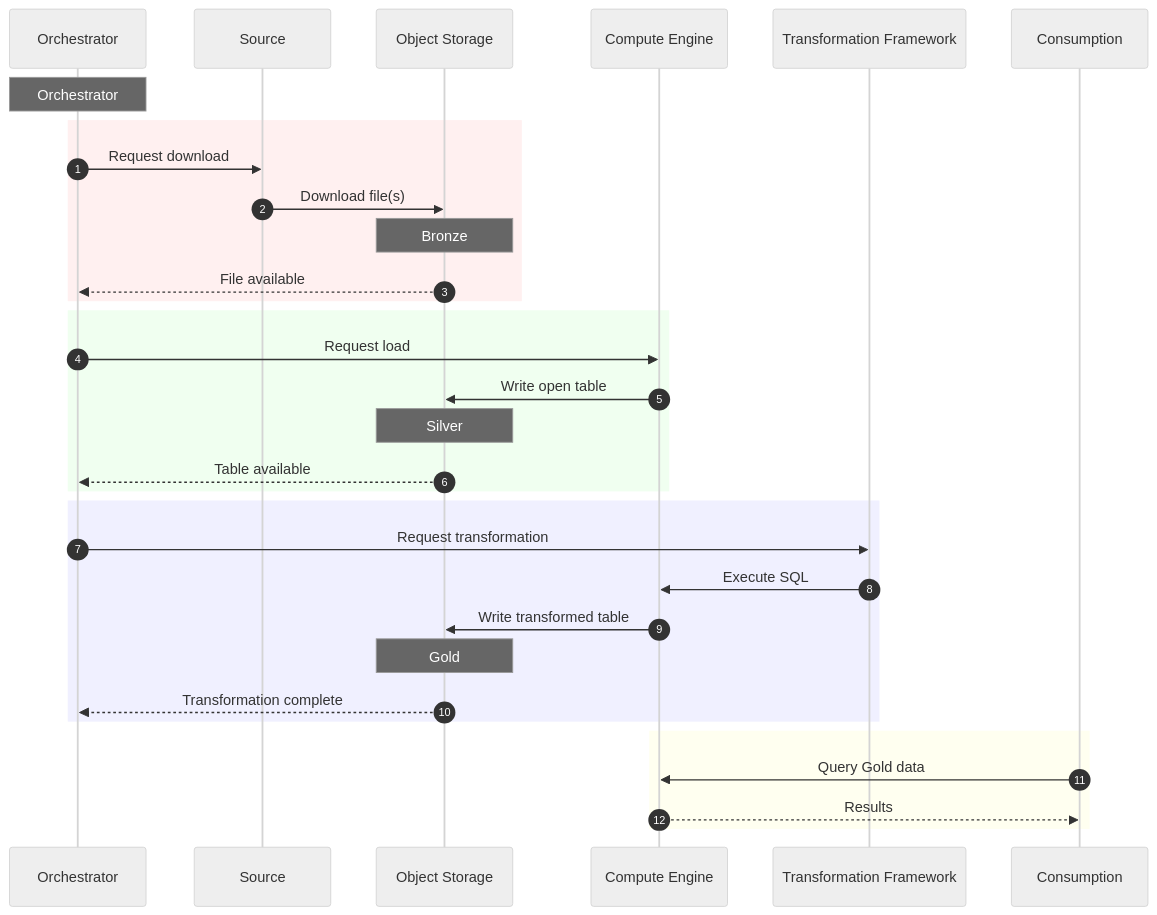
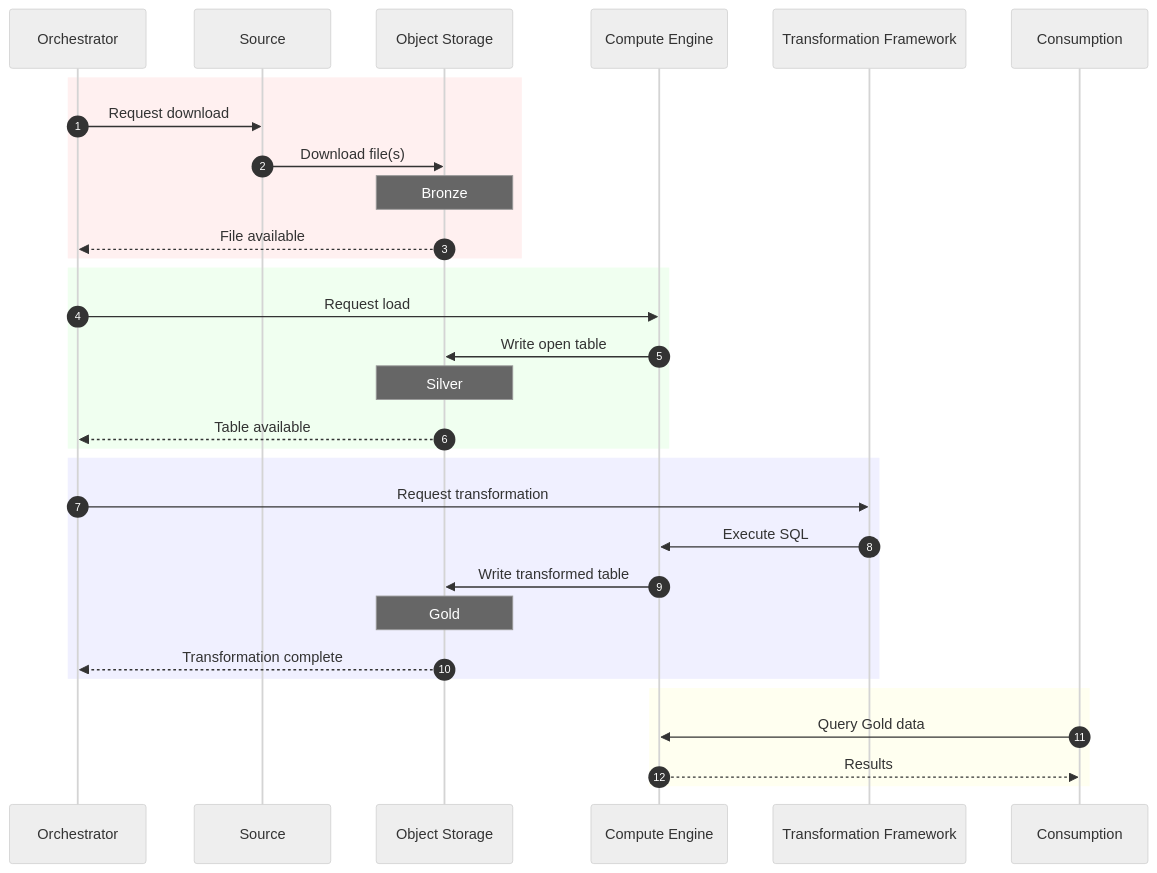
One commit to Rez99/data-engineering-portfolio changed the second of 2 diagrams in project-1-lakehouse/README.md. Above: the diagram before and after it, drawn with Mermaid (neutral theme).

Commit message:
Remove unnecessary note from sequence diagram in README

````diff
--- a/project-1-lakehouse/README.md
+++ b/project-1-lakehouse/README.md
@@ -40,40 +40,38 @@
 ```mermaid
 sequenceDiagram
     autonumber
 
     participant Orchestrator
     participant Source
     participant ObjectStorage as Object Storage
     participant ComputeEngine as Compute Engine
     participant Transform as Transformation Framework
     participant Consumption
-
-    Note over Orchestrator: Orchestrator
 
     rect rgb(255, 240, 240)
         Orchestrator->>Source: Request download
         Source->>ObjectStorage: Download file(s)
         Note over ObjectStorage: Bronze
         ObjectStorage-->>Orchestrator: File available
     end
 
     rect rgb(240, 255, 240)
         Orchestrator->>ComputeEngine: Request load
         ComputeEngine->>ObjectStorage: Write open table
         Note over ObjectStorage: Silver
         ObjectStorage-->>Orchestrator: Table available
     end
 
     rect rgb(240, 240, 255)
         Orchestrator->>Transform: Request transformation
         Transform->>ComputeEngine: Execute SQL
         ComputeEngine->>ObjectStorage: Write transformed table
         Note over ObjectStorage: Gold
         ObjectStorage-->>Orchestrator: Transformation complete
     end
 
     rect rgb(255, 255, 240)
        Consumption->>ComputeEngine: Query Gold data
        ComputeEngine-->>Consumption: Results
     end
 ```
````
